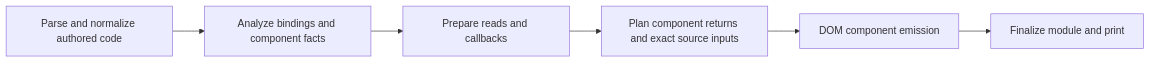
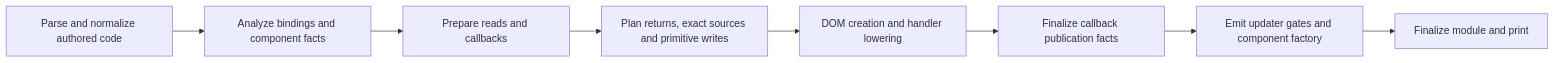
One commit to snrraptopack/memo-exp changed the diagram in docs/compiler-architecture.md. Above: the diagram before and after it, drawn with Mermaid. The commit also changed other lines of this file and 13 other files, not shown here.

Commit message:
refactor(compiler): plan primitive pull safety across callback lowering

````diff
--- a/docs/compiler-architecture.md
+++ b/docs/compiler-architecture.md
@@ -17,8 +17,10 @@
 ```mermaid
 flowchart LR
   A[Parse and normalize authored code] --> B[Analyze bindings and component facts]
   B --> C[Prepare reads and callbacks]
-  C --> D[Plan component returns and exact source inputs]
-  D --> E[DOM component emission]
-  E --> F[Finalize module and print]
+  C --> D[Plan returns, exact sources and primitive writes]
+  D --> E[DOM creation and handler lowering]
+  E --> P[Finalize callback publication facts]
+  P --> U[Emit updater gates and component factory]
+  U --> F[Finalize module and print]
 ```
````
